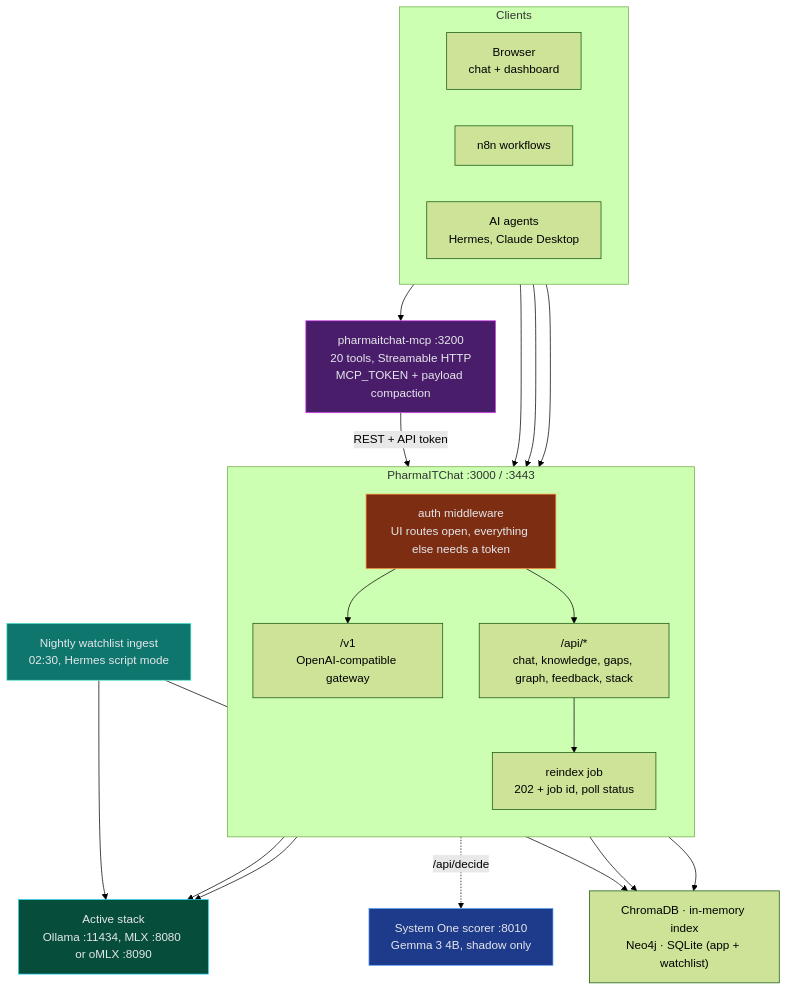
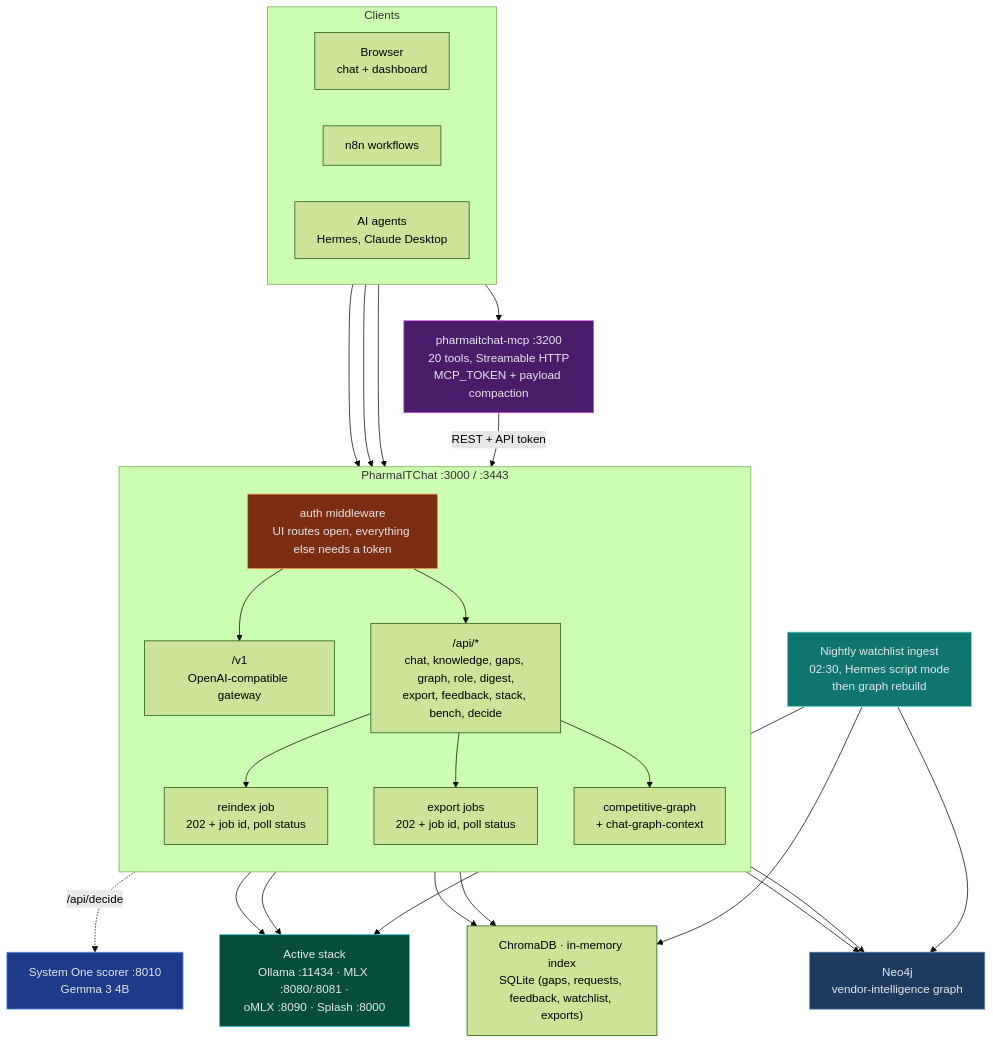
Before and after one commit to sebdallais-git/PharmaIT_Chat_and_Digest: diagram 23 of 23 in README.md, drawn with Mermaid (forest theme). The commit also changed other lines of this file, not shown here.

````diff
--- a/README.md
+++ b/README.md
@@ -927,46 +1821,55 @@
 ```mermaid
 flowchart TB
     subgraph CL["Clients"]
         direction LR
         B["Browser<br/>chat + dashboard"]
         N["n8n workflows"]
         AG["AI agents<br/>Hermes, Claude Desktop"]
     end
 
     MCP["pharmaitchat-mcp :3200<br/>20 tools, Streamable HTTP<br/>MCP_TOKEN + payload compaction"]
 
     subgraph APP["PharmaITChat :3000 / :3443"]
         direction TB
         AUTH["auth middleware<br/>UI routes open, everything else needs a token"]
         V1["/v1<br/>OpenAI-compatible gateway"]
-        API["/api/*<br/>chat, knowledge, gaps, graph, feedback, stack"]
+        API["/api/*<br/>chat, knowledge, gaps, graph, role, digest,<br/>export, feedback, stack, bench, decide"]
         RJ["reindex job<br/>202 + job id, poll status"]
+        EJ["export jobs<br/>202 + job id, poll status"]
+        CG["competitive-graph<br/>+ chat-graph-context"]
     end
 
-    CRON["Nightly watchlist ingest<br/>02:30, Hermes script mode"]
-    STACK["Active stack<br/>Ollama :11434, MLX :8080 or oMLX :8090"]
-    JEV["System One scorer :8010<br/>Gemma 3 4B, shadow only"]
-    DATA["ChromaDB · in-memory index<br/>Neo4j · SQLite (app + watchlist)"]
+    CRON["Nightly watchlist ingest<br/>02:30, Hermes script mode<br/>then graph rebuild"]
+    STACK["Active stack<br/>Ollama :11434 · MLX :8080/:8081 ·<br/>oMLX :8090 · Splash :8000"]
+    JEV["System One scorer :8010<br/>Gemma 3 4B"]
+    DATA["ChromaDB · in-memory index<br/>SQLite (gaps, requests, feedback, watchlist, exports)"]
+    NEO["Neo4j<br/>vendor-intelligence graph"]
 
     B --> AUTH
     N --> AUTH
     AG --> MCP
     AG --> AUTH
     MCP -- "REST + API token" --> AUTH
     AUTH --> V1
     AUTH --> API
     API --> RJ
+    API --> EJ
+    API --> CG
     V1 --> STACK
     API --> STACK
     API -. "/api/decide" .-> JEV
     API --> DATA
     RJ --> DATA
+    EJ --> NEO
+    CG --> NEO
     CRON --> STACK
     CRON --> DATA
+    CRON --> NEO
 
     style AUTH fill:#7c2d12,stroke:#fb923c,color:#e5e7eb
     style MCP fill:#4a1d6b,stroke:#d946ef,color:#e5e7eb
     style STACK fill:#064e3b,stroke:#22d3ee,color:#e5e7eb
     style CRON fill:#0f766e,stroke:#5eead4,color:#e5e7eb
     style JEV fill:#1e3a8a,stroke:#60a5fa,color:#e5e7eb
+    style NEO fill:#1e3a5f,stroke:#4581C3,color:#e5e7eb
 ```
````
